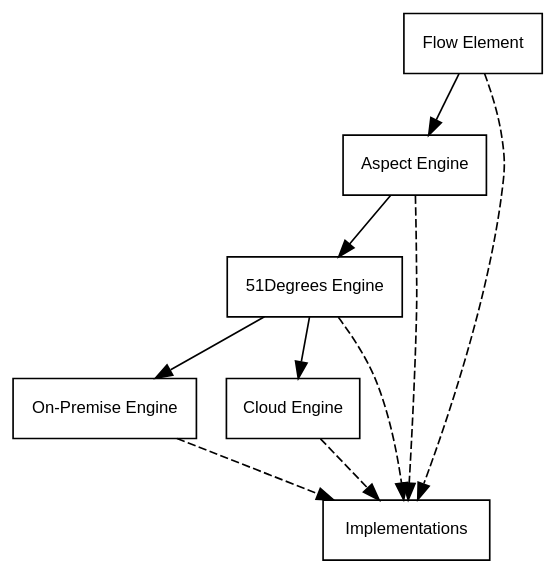
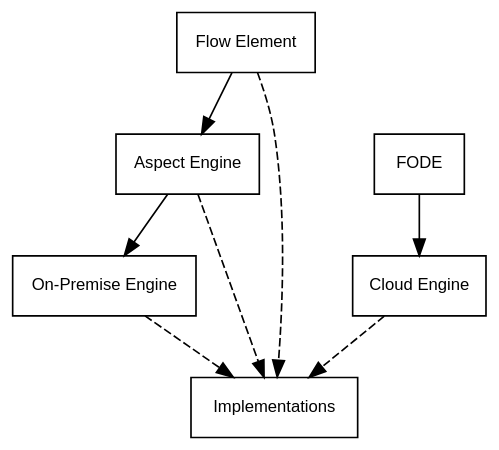
One commit to 51Degrees/documentation changed the diagram in src/graphs/flowelement-hierarchy.dot. Above: the diagram before and after it, drawn with Graphviz. The commit also changed 3 other files, not shown here.

Commit message:
DOC: Removed 51Degrees engine from hierarchy and begun documenting on-premise engine.

```diff
--- a/src/graphs/flowelement-hierarchy.dot
+++ b/src/graphs/flowelement-hierarchy.dot
@@ -1,21 +1,21 @@
 digraph H {
     bgcolor=transparent;
     node [shape=record, fontname=Helvetica, fontsize=10];
     
     FE [label="Flow Element", URL="@ref Concepts_FlowElements_FlowElement"];
     AE [label="Aspect Engine", URL="@ref Concepts_FlowElements_AspectEngine"];
-    FODE [label="51Degrees Engine", URL="@ref Concepts_FlowElements_FiftyOneEngine"];
+    //FODE [label="51Degrees Engine", URL="@ref Concepts_FlowElements_FiftyOneEngine"];
     OPE [label="On-Premise Engine", URL="@ref Concepts_FlowElements_OnPremiseEngine"];
     CE [label="Cloud Engine", URL="@ref Concepts_FlowElements_CloudEngine"];
     I [label=Implementations, URL="@ref Services_Index"];
     
-    FE -> AE -> FODE -> OPE;
+    FE -> AE -> OPE;
     FODE -> CE;
     
     edge[style=dashed];
     FE -> I;
     AE -> I;
-    FODE -> I;
+    //FODE -> I;
     OPE -> I;
     CE -> I;
 }
```
